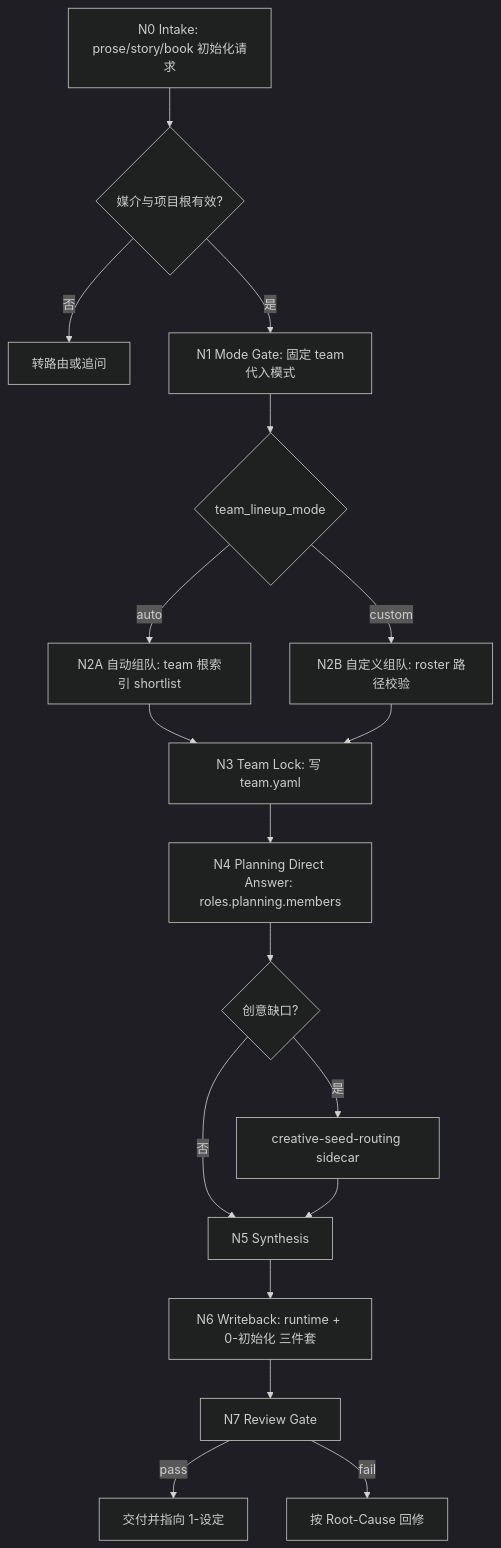
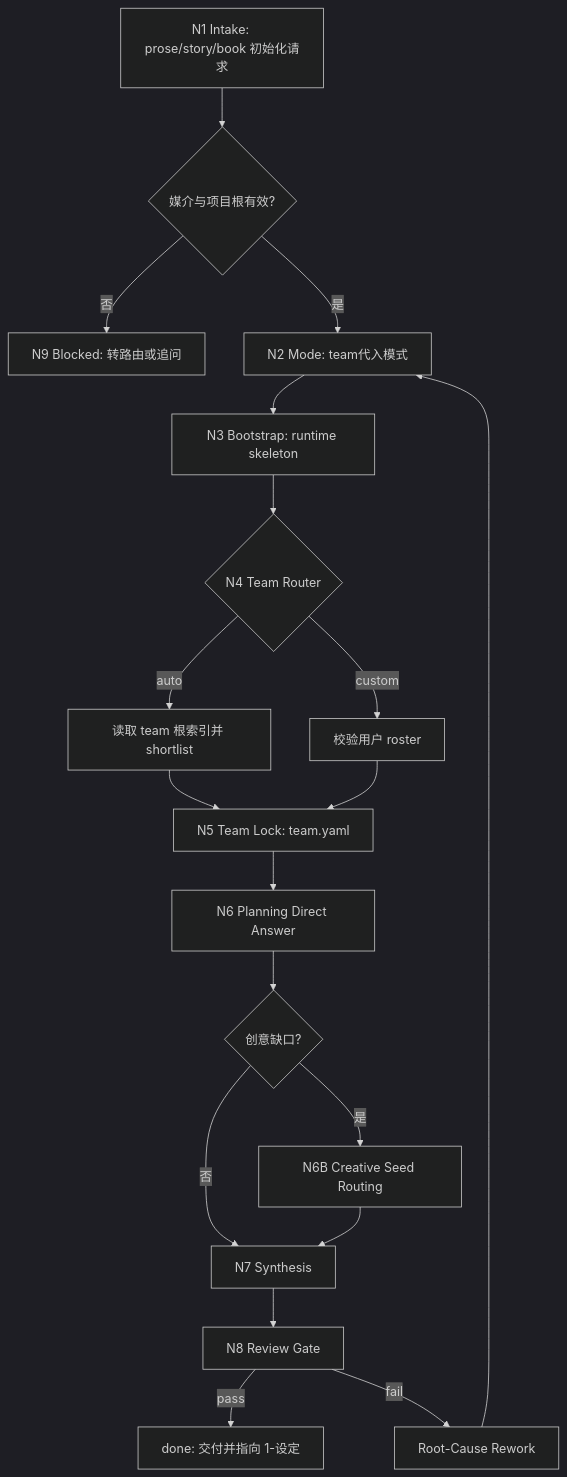
The first of 2 diagrams in .agents/skills/story/0-初始化/SKILL.md (ZEN-VOID/AI-CUT), drawn with Mermaid (dark theme) before and after one commit. The commit also changed other lines of this file and 439 other files, not shown here.

````diff
--- a/.agents/skills/story/0-初始化/SKILL.md
+++ b/.agents/skills/story/0-初始化/SKILL.md
@@ -103,20 +233,21 @@
 ```mermaid
 flowchart TD
-    A["N0 Intake: prose/story/book 初始化请求"] --> B{"媒介与项目根有效?"}
-    B -->|"否"| X["转路由或追问"]
-    B -->|"是"| C["N1 Mode Gate: 固定 team代入模式"]
-    C --> D{"team_lineup_mode"}
-    D -->|"auto"| E["N2A 自动组队: team 根索引 shortlist"]
-    D -->|"custom"| F["N2B 自定义组队: roster 路径校验"]
-    E --> G["N3 Team Lock: 写 team.yaml"]
-    F --> G
-    G --> H["N4 Planning Direct Answer: roles.planning.members"]
-    H --> I{"创意缺口?"}
-    I -->|"是"| J["creative-seed-routing sidecar"]
-    I -->|"否"| K["N5 Synthesis"]
-    J --> K
-    K --> L["N6 Writeback: runtime + 0-初始化 三件套"]
-    L --> M["N7 Review Gate"]
-    M -->|"pass"| N["交付并指向 1-设定"]
-    M -->|"fail"| O["按 Root-Cause 回修"]
+    A["N1 Intake: prose/story/book 初始化请求"] --> B{"媒介与项目根有效?"}
+    B -->|"否"| X["N9 Blocked: 转路由或追问"]
+    B -->|"是"| C["N2 Mode: team代入模式"]
+    C --> D["N3 Bootstrap: runtime skeleton"]
+    D --> E{"N4 Team Router"}
+    E -->|"auto"| F["读取 team 根索引并 shortlist"]
+    E -->|"custom"| G["校验用户 roster"]
+    F --> H["N5 Team Lock: team.yaml"]
+    G --> H
+    H --> I["N6 Planning Direct Answer"]
+    I --> J{"创意缺口?"}
+    J -->|"是"| K["N6B Creative Seed Routing"]
+    J -->|"否"| L["N7 Synthesis"]
+    K --> L
+    L --> M["N8 Review Gate"]
+    M -->|"pass"| N["done: 交付并指向 1-设定"]
+    M -->|"fail"| O["Root-Cause Rework"]
+    O --> C
 ```
````
